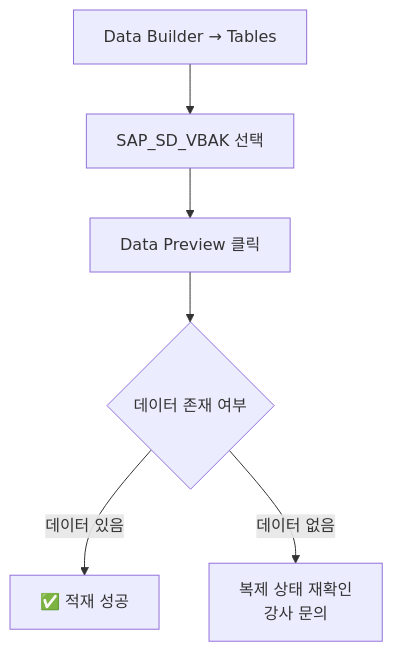
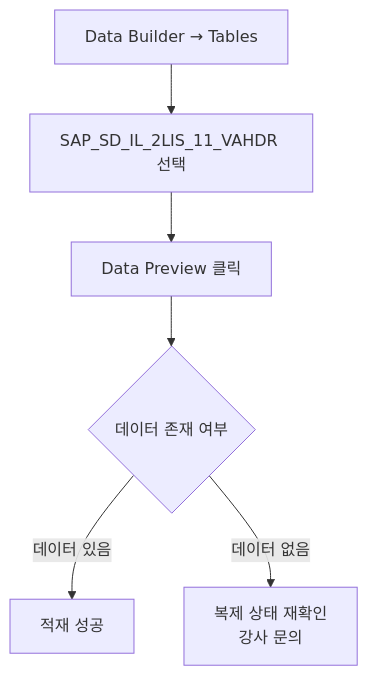
One commit to youngseols925/sap-datasphere-bdc-workshop changed the fifth of 6 diagrams in labs/lab2-replication-flow.md. Above: the diagram before and after it, drawn with Mermaid. The commit also changed other lines of this file and 5 other files, not shown here.

````diff
--- a/labs/lab2-replication-flow.md
+++ b/labs/lab2-replication-flow.md
@@ -141,8 +143,8 @@
 ```mermaid
 flowchart TD
-    A["Data Builder → Tables"] --> B["SAP_SD_VBAK 선택"]
+    A["Data Builder → Tables"] --> B["SAP_SD_IL_2LIS_11_VAHDR 선택"]
     B --> C["Data Preview 클릭"]
     C --> D{"데이터 존재 여부"}
-    D -->|"데이터 있음"| E["✅ 적재 성공"]
+    D -->|"데이터 있음"| E["적재 성공"]
     D -->|"데이터 없음"| F["복제 상태 재확인\n강사 문의"]
 ```
````
